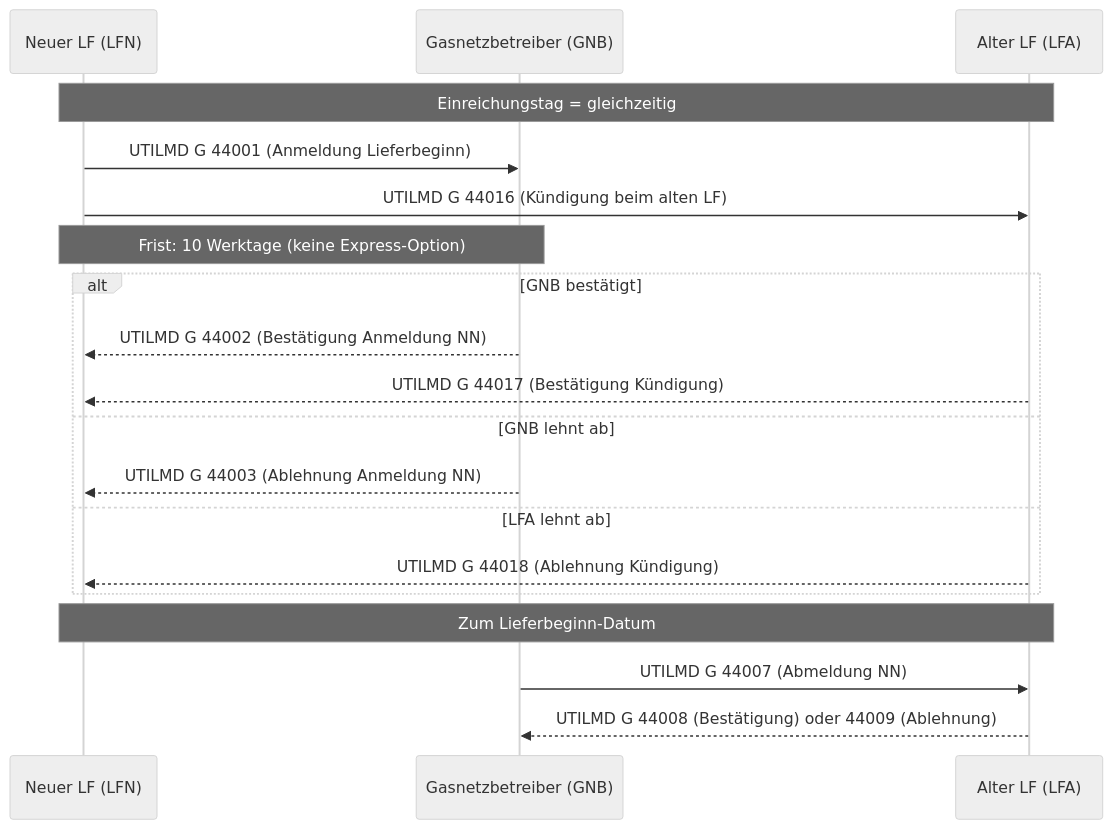
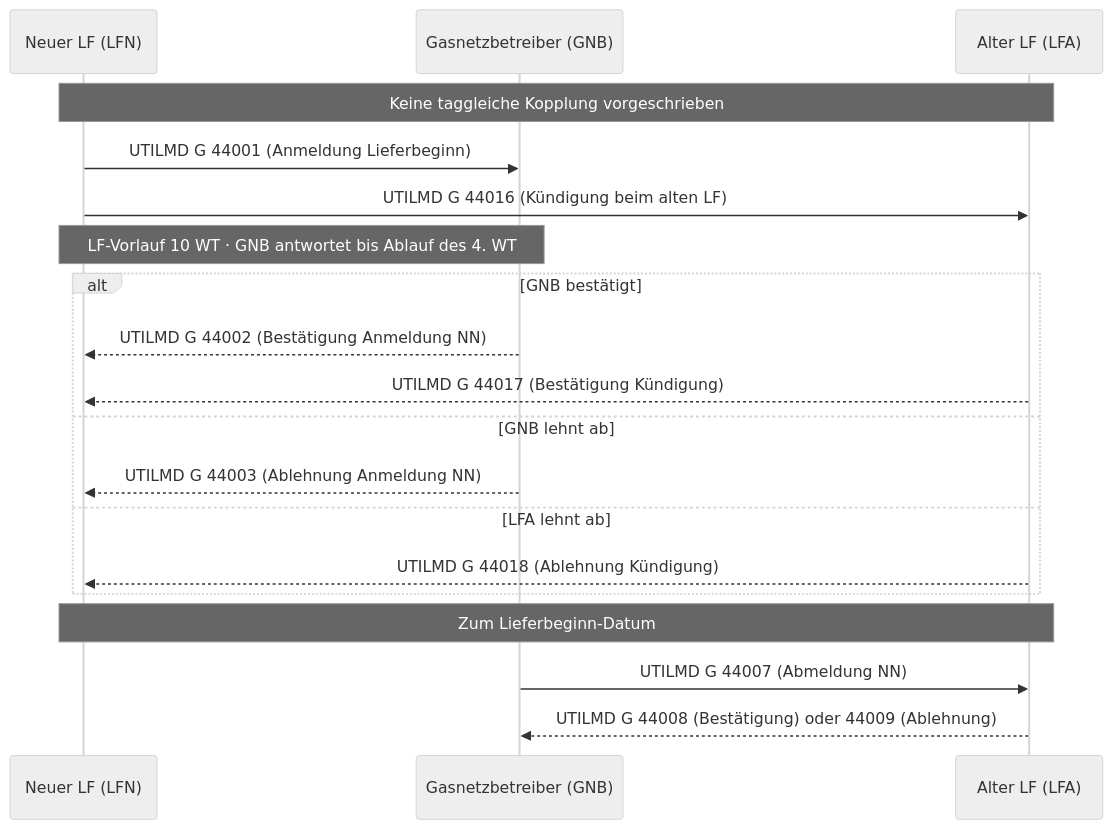
One commit to hupe1980/mako changed the fourth of 9 diagrams in site/content/docs/reference/processes.md. Above: the diagram before and after it, drawn with Mermaid (neutral theme). The commit also changed other lines of this file and 261 other files, not shown here.

````diff
--- a/site/content/docs/reference/processes.md
+++ b/site/content/docs/reference/processes.md
@@ -879,25 +987,25 @@
 ```mermaid
 sequenceDiagram
     participant LFN as Neuer LF (LFN)
     participant GNB as Gasnetzbetreiber (GNB)
     participant LFA as Alter LF (LFA)
 
-    Note over LFN,LFA: Einreichungstag = gleichzeitig
+    Note over LFN,LFA: Keine taggleiche Kopplung vorgeschrieben
     LFN->>GNB: UTILMD G 44001 (Anmeldung Lieferbeginn)
     LFN->>LFA: UTILMD G 44016 (Kündigung beim alten LF)
 
-    Note over LFN,GNB: Frist: 10 Werktage (keine Express-Option)
+    Note over LFN,GNB: LF-Vorlauf 10 WT · GNB antwortet bis Ablauf des 4. WT
 
     alt GNB bestätigt
         GNB-->>LFN: UTILMD G 44002 (Bestätigung Anmeldung NN)
         LFA-->>LFN: UTILMD G 44017 (Bestätigung Kündigung)
     else GNB lehnt ab
         GNB-->>LFN: UTILMD G 44003 (Ablehnung Anmeldung NN)
     else LFA lehnt ab
         LFA-->>LFN: UTILMD G 44018 (Ablehnung Kündigung)
     end
 
     Note over LFN,LFA: Zum Lieferbeginn-Datum
     GNB->>LFA: UTILMD G 44007 (Abmeldung NN)
     LFA-->>GNB: UTILMD G 44008 (Bestätigung) oder 44009 (Ablehnung)
 ```
````
